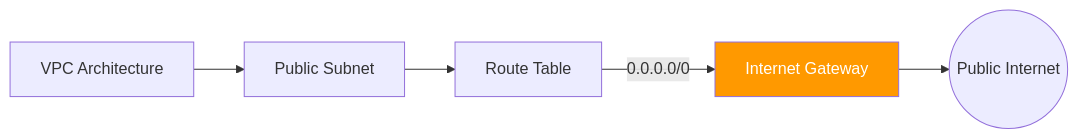
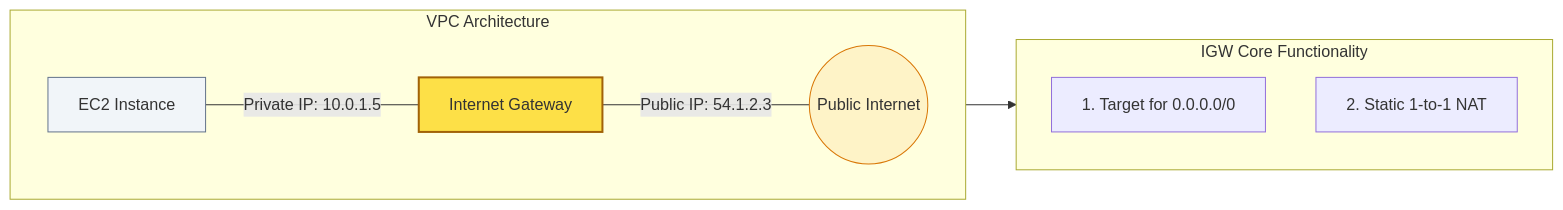
The diagram in 2-Intermediate/01-Phase-1/01-Networking/03-Internet-and-NAT-Gateways/01-Internet-Gateway-Fundamentals/README.md (Ganil151/Devops), drawn with Mermaid before and after one commit. The commit also changed other lines of this file and 51 other files, not shown here.

````diff
--- a/2-Intermediate/01-Phase-1/01-Networking/03-Internet-and-NAT-Gateways/01-Internet-Gateway-Fundamentals/README.md
+++ b/2-Intermediate/01-Phase-1/01-Networking/03-Internet-and-NAT-Gateways/01-Internet-Gateway-Fundamentals/README.md
@@ -11,9 +5,19 @@
 ```mermaid
 graph LR
-    VPC[VPC Architecture] --> Subnet[Public Subnet]
-    Subnet --> RT[Route Table]
-    RT -->|0.0.0.0/0| IGW[Internet Gateway]
-    IGW --> Internet((Public Internet))
+    subgraph VPC_System[VPC Architecture]
+        direction LR
+        Instance[EC2 Instance] ---|Private IP: 10.0.1.5| IGW[Internet Gateway]
+        IGW ---|Public IP: 54.1.2.3| Internet((Public Internet))
+    end
 
-style IGW fill:#ff9900,color:#fff
+    subgraph Logic[IGW Core Functionality]
+        Route[1. Target for 0.0.0.0/0]
+        NAT[2. Static 1-to-1 NAT]
+    end
+
+    IGW --> Logic
+
+    style IGW fill:#fde047,stroke:#a16207,stroke-width:2px
+    style Internet fill:#fef3c7,stroke:#d97706
+    style Instance fill:#f1f5f9,stroke:#64748b
 ```
````
